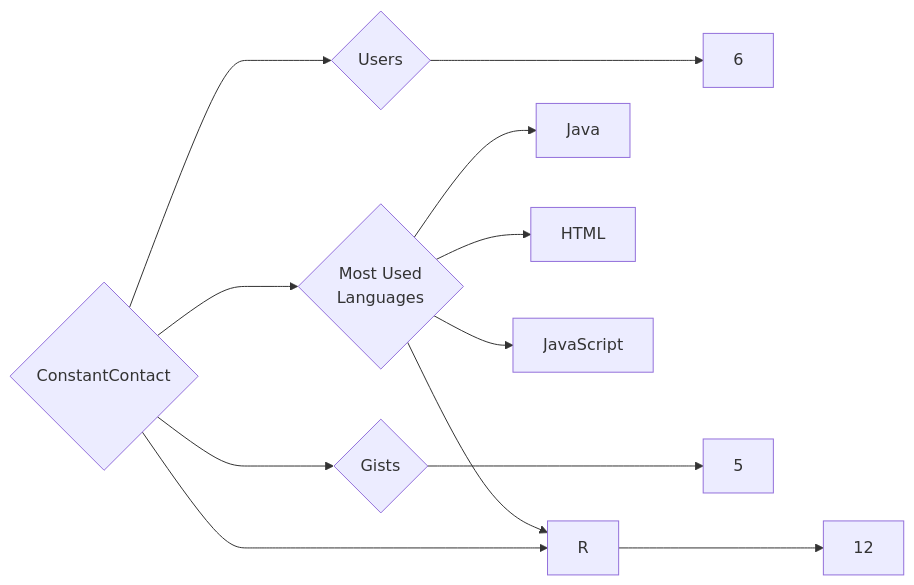
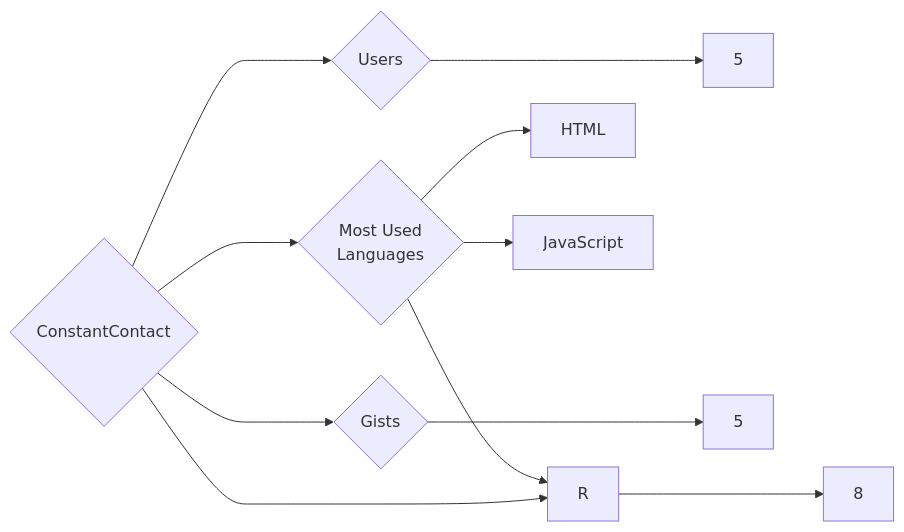
Before and after one commit to trickest/insiders: the diagram in targets/ConstantContact/README.md, drawn with Mermaid. The commit also changed 942 other files, not shown here.

````diff
--- a/targets/ConstantContact/README.md
+++ b/targets/ConstantContact/README.md
@@ -3,12 +3,11 @@
 ```mermaid
 graph LR
 COMPANY_NAME{ConstantContact}
-COMPANY_NAME ---> U{Users} ---> UN[6]
-COMPANY_NAME ---> R{Repositories} ---> RN[12]
+COMPANY_NAME ---> U{Users} ---> UN[5]
+COMPANY_NAME ---> R{Repositories} ---> RN[8]
 COMPANY_NAME ---> G{Gists} ---> GN[5]
 COMPANY_NAME ---> ML{Most Used<br>Languages}
-ML --> Java[Java]
 ML --> HTML[HTML]
 ML --> R[R]
 ML --> JavaScript[JavaScript]
 ```
````
